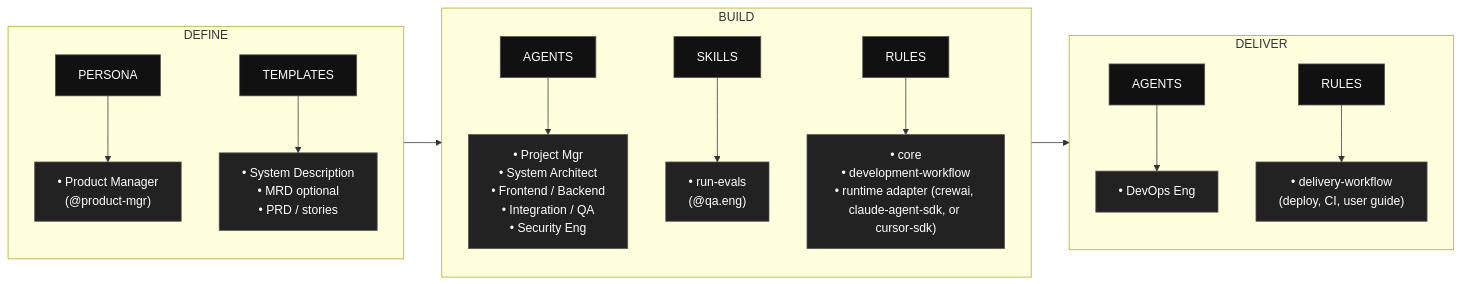
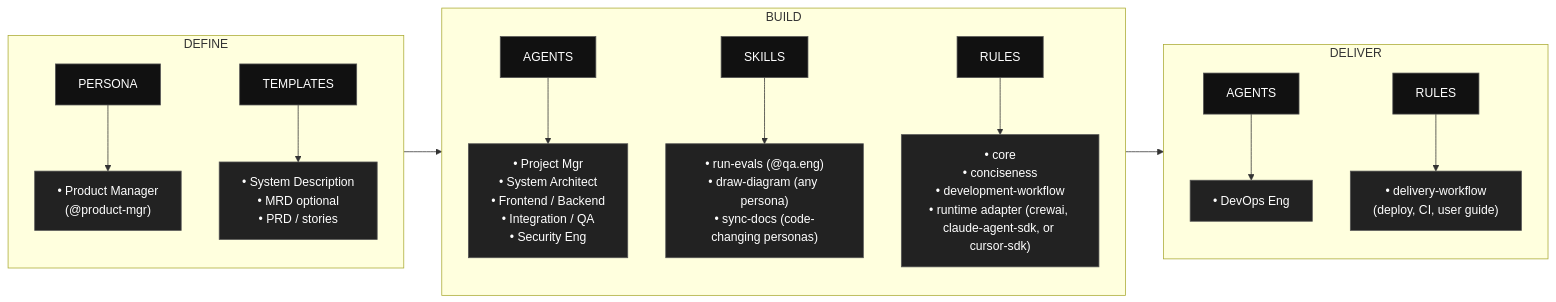
One commit to synaptic-ai-consulting/AAMAD changed the diagram in README.md. Above: the diagram before and after it, drawn with Mermaid. The commit also changed other lines of this file and 321 other files, not shown here.

Commit message:
Release v0.9.6: draw-diagram, sync-docs, and conciseness.

````diff
--- a/README.md
+++ b/README.md
@@ -86,24 +86,24 @@
 ```mermaid
 flowchart LR
   %% AAMAD phases overview
   subgraph P1[DEFINE]
     D1H[ PERSONA ]:::hdr --> D1L["• Product Manager<br/>(@product-mgr)"]:::list
     D2H[TEMPLATES]:::hdr --> D2L["• System Description<br/>• MRD optional<br/>• PRD / stories"]:::list
   end
 
   subgraph P2[BUILD]
     B1H[AGENTS]:::hdr --> B1L["• Project Mgr<br/>• System Architect<br/>• Frontend / Backend<br/>• Integration / QA<br/>• Security Eng"]:::list
-    B3H[SKILLS]:::hdr --> B3L["• run-evals<br/>(@qa.eng)"]:::list
-    B2H[RULES]:::hdr --> B2L["• core<br/>• development‑workflow<br/>• runtime adapter (crewai, claude-agent-sdk, or cursor-sdk)"]:::list
+    B3H[SKILLS]:::hdr --> B3L["• run-evals (@qa.eng)<br/>• draw-diagram (any persona)<br/>• sync-docs (code-changing personas)"]:::list
+    B2H[RULES]:::hdr --> B2L["• core<br/>• conciseness<br/>• development‑workflow<br/>• runtime adapter (crewai, claude-agent-sdk, or cursor-sdk)"]:::list
   end
 
   subgraph P3[DELIVER]
     L1H[AGENTS]:::hdr --> L1L["• DevOps Eng"]:::list
     L2H[RULES]:::hdr --> L2L["• delivery‑workflow<br/>(deploy, CI, user guide)"]:::list
   end
 
   P1 --> P2 --> P3
 
   classDef hdr fill:#111,stroke:#555,color:#fff;
   classDef list fill:#222,stroke:#555,color:#fff;
 ``` 
````
